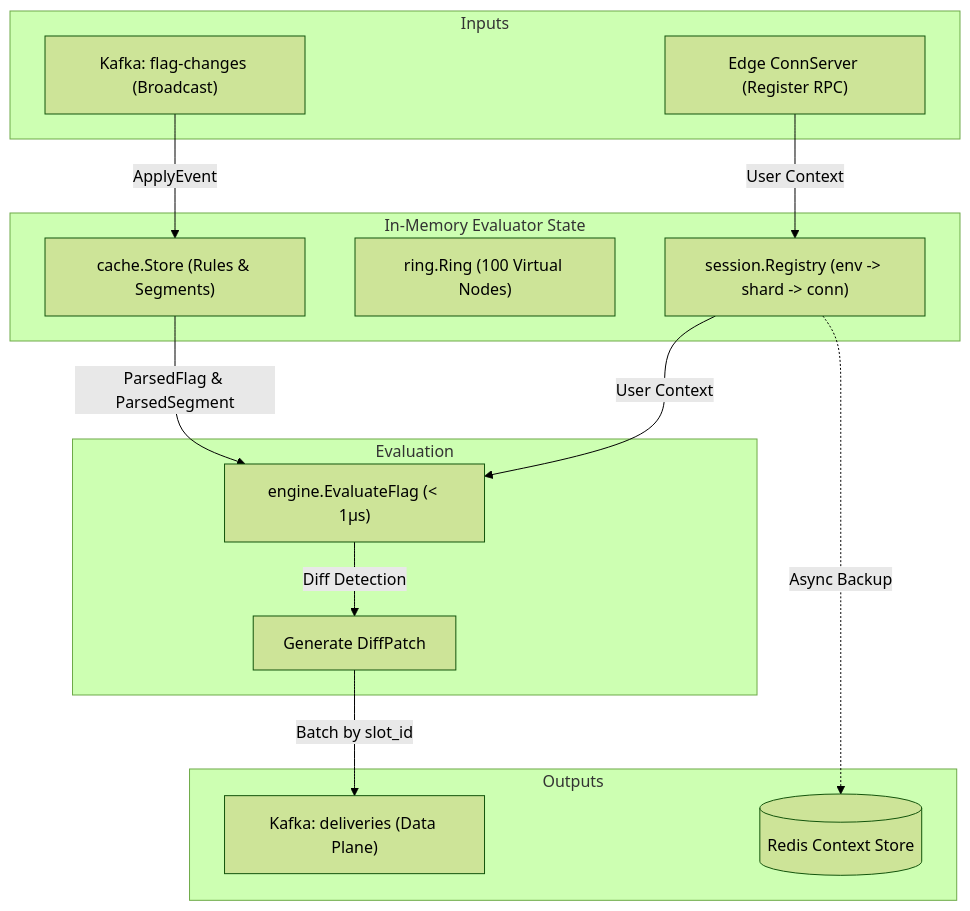
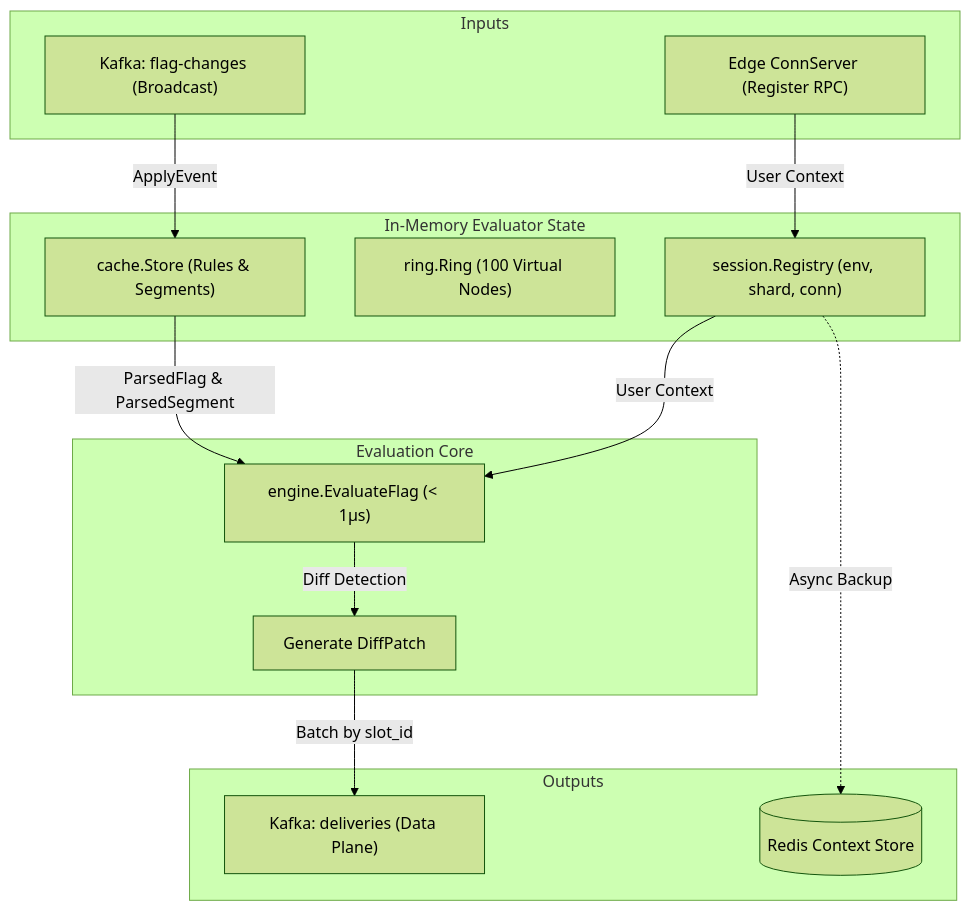
The first of 2 diagrams in component/03-evaluator-service.md (arunap2509/feature-flag-service), drawn with Mermaid (forest theme) before and after one commit. The commit also changed other lines of this file and 8 other files, not shown here.

Commit message:
docs: fix mermaid diagram syntax and clean up LaTeX math formatting for GitHub compatibility

````diff
--- a/component/03-evaluator-service.md
+++ b/component/03-evaluator-service.md
@@ -13,24 +13,24 @@
 ```mermaid
 flowchart TD
-    subgraph In-Memory Evaluator State
+    subgraph mem_state ["In-Memory Evaluator State"]
         Cache["cache.Store (Rules & Segments)"]
         Ring["ring.Ring (100 Virtual Nodes)"]
-        Registry["session.Registry (env -> shard -> conn)"]
+        Registry["session.Registry (env, shard, conn)"]
     end
 
-    subgraph Inputs
+    subgraph inputs ["Inputs"]
         KafkaCtrl["Kafka: flag-changes (Broadcast)"] -->|ApplyEvent| Cache
         ConnRPC["Edge ConnServer (Register RPC)"] -->|User Context| Registry
     end
 
-    subgraph Evaluation
+    subgraph eval_core ["Evaluation Core"]
         Cache -->|ParsedFlag & ParsedSegment| Engine["engine.EvaluateFlag (< 1µs)"]
         Registry -->|User Context| Engine
         Engine -->|Diff Detection| Diff["Generate DiffPatch"]
     end
 
-    subgraph Outputs
+    subgraph outputs ["Outputs"]
         Diff -->|Batch by slot_id| KafkaDeliv["Kafka: deliveries (Data Plane)"]
-        Registry -.->|Async Backup| Redis[(Redis Context Store)]
+        Registry -.->|Async Backup| Redis[("Redis Context Store")]
     end
 ```
````
